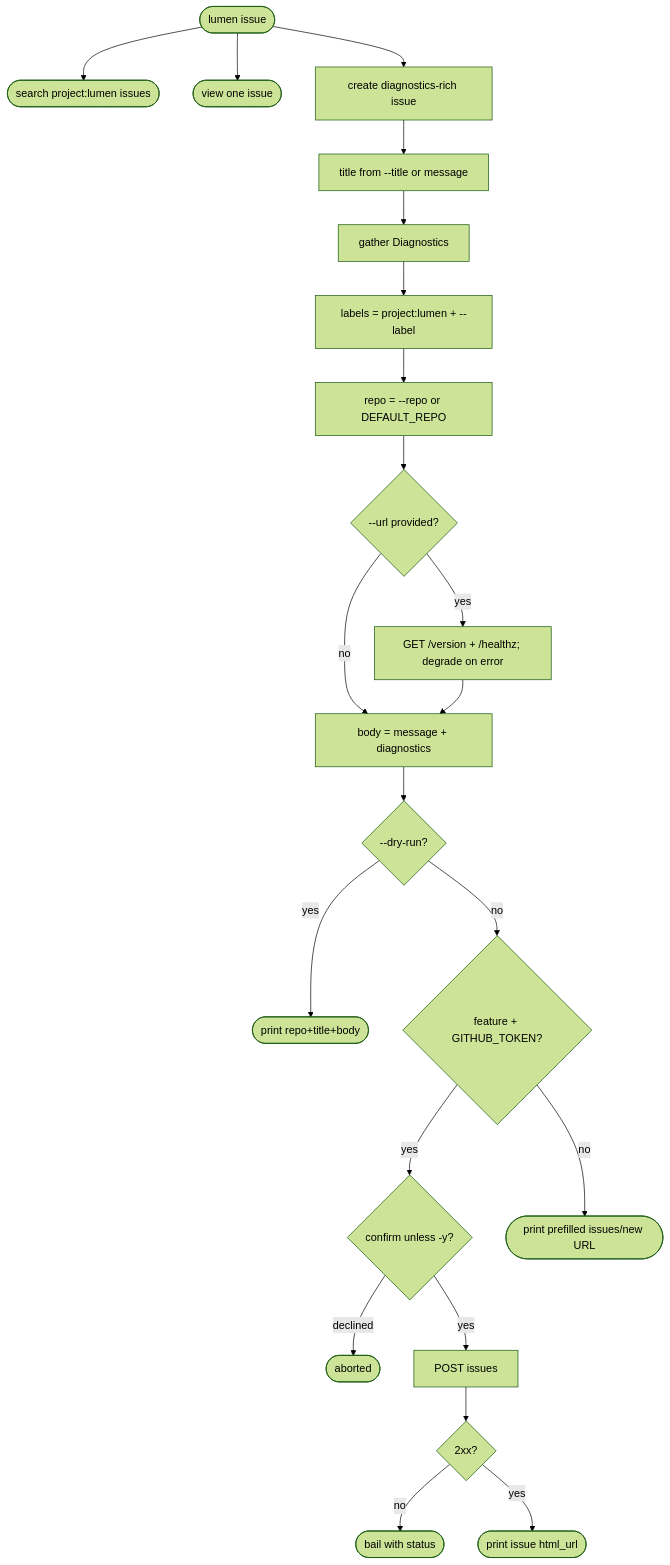
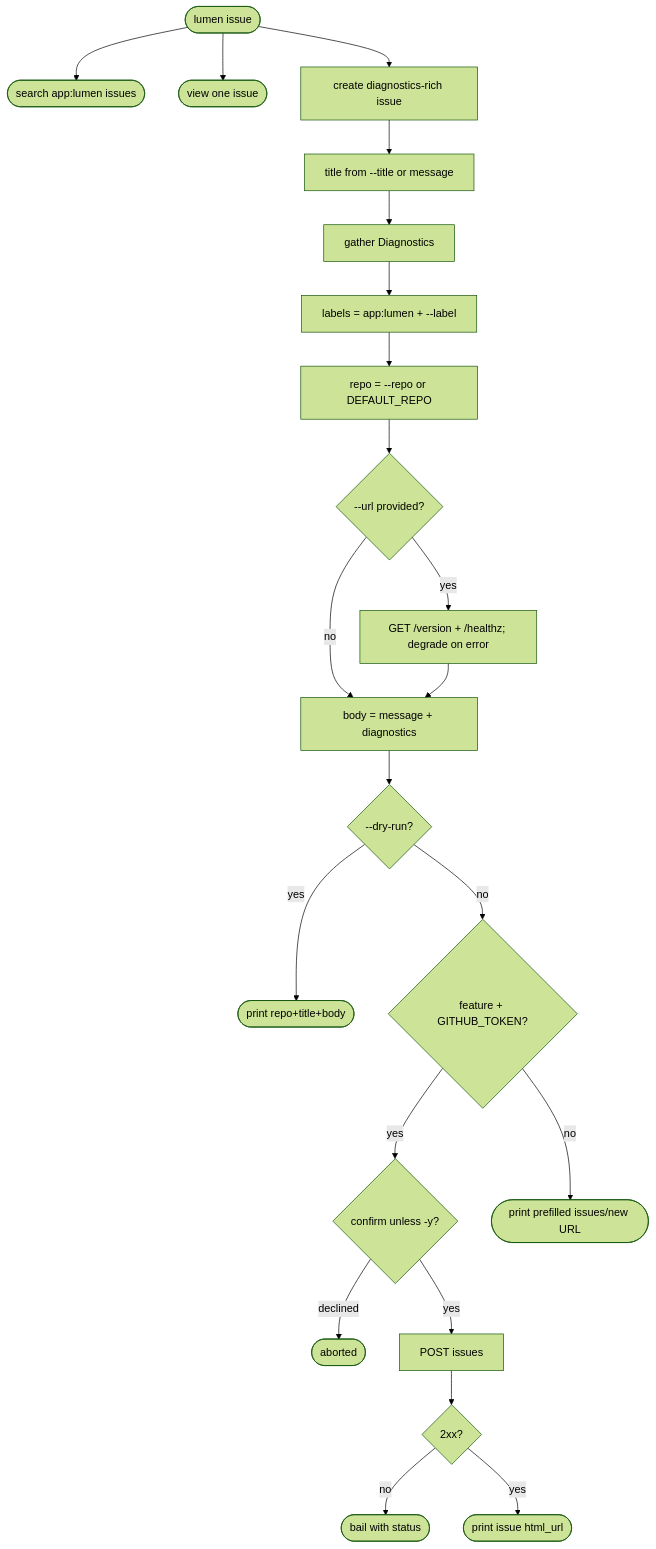
The first of 2 diagrams in projects/lumen/tech-design/interfaces/cli/lumen-issue-search-view-create-shared-cli-standard.md (chrischeng-c4/axiom), drawn with Mermaid (forest theme) before and after one commit. The commit also changed other lines of this file and 84 other files, not shown here.

First line of the commit message:
refactor(aw): adopt app and lib tracker labels

````diff
--- a/projects/lumen/tech-design/interfaces/cli/lumen-issue-search-view-create-shared-cli-standard.md
+++ b/projects/lumen/tech-design/interfaces/cli/lumen-issue-search-view-create-shared-cli-standard.md
@@ -28,72 +28,72 @@
 ```mermaid
 ---
 id: lumen-issue-group-contract
 entry: start
 nodes:
   start:    { kind: start,    label: "lumen issue <search|view|create>" }
-  search:   { kind: terminal, label: "issue search [query] [--state open|closed|all] [--limit N] -> cli_std::issue::search(project:lumen)" }
+  search:   { kind: terminal, label: "issue search [query] [--state open|closed|all] [--limit N] -> cli_std::issue::search(app:lumen)" }
   view:     { kind: terminal, label: "issue view <n> -> cli_std::issue::view" }
   create:   { kind: process,  label: "issue create [--title T] [msg...] [--url U] [--repo R] [--label L] [--dry-run] [-y]" }
   diag:     { kind: process,  label: "Diagnostics{version=CARGO_PKG_VERSION, target=LUMEN_TARGET, git_sha=LUMEN_GIT_SHA, built_at=LUMEN_BUILT_AT, os=consts::OS, arch=consts::ARCH}" }
   repo:     { kind: process,  label: "repo = --repo else DEFAULT_REPO (owner/name)" }
   node:     { kind: decision, label: "--url provided?" }
   fetch:    { kind: process,  label: "GET {url}/version + {url}/healthz; on error append 'node: unreachable ({url})'" }
   body:     { kind: process,  label: "body = [message?] + '\\n\\n---\\n' + render(diagnostics)" }
   dry:      { kind: decision, label: "--dry-run?" }
   print:    { kind: terminal, label: "print 'repo: {repo}', 'title: {title}', body; submit nothing; exit 0" }
   title:    { kind: process,  label: "title = --title else 'lumen: ' + first message line else 'lumen: issue report'" }
-  labels:   { kind: process,  label: "labels = project:lumen + any --label values" }
+  labels:   { kind: process,  label: "labels = app:lumen + any --label values" }
   cansubmit: { kind: decision, label: "online build AND GitHub token available?" }
   confirm:  { kind: decision, label: "stdin tty AND not -y -> confirm 'file issue to {repo}?'" }
   abort:    { kind: terminal, label: "'aborted'; exit 0" }
   post:     { kind: process,  label: "POST https://api.github.com/repos/{repo}/issues {title, body, labels} (bearer token, UA)" }
   okstatus: { kind: decision, label: "2xx?" }
   err:      { kind: terminal, label: "bail with GitHub status/message; exit non-zero" }
   created:  { kind: terminal, label: "print created issue html_url; exit 0" }
   fallback: { kind: terminal, label: "print 'set GITHUB_TOKEN to file directly', pre-filled {repo}/issues/new?title=&body= (percent-encoded), and body; exit 0" }
 edges:
   - { from: start,     to: search,    label: "search" }
   - { from: start,     to: view,      label: "view" }
   - { from: start,     to: create,    label: "create" }
   - { from: create,    to: title }
   - { from: title,     to: diag }
   - { from: diag,      to: labels }
   - { from: labels,    to: repo }
   - { from: repo,      to: node }
   - { from: node,      to: fetch,     label: "yes" }
   - { from: node,      to: body,      label: "no" }
   - { from: fetch,     to: body }
   - { from: body,      to: dry }
   - { from: dry,       to: print,     label: "yes" }
   - { from: dry,       to: cansubmit, label: "no" }
   - { from: cansubmit, to: confirm,   label: "yes" }
   - { from: cansubmit, to: fallback,  label: "no" }
   - { from: confirm,   to: abort,     label: "declined" }
   - { from: confirm,   to: post,      label: "yes/-y" }
   - { from: post,      to: okstatus }
   - { from: okstatus,  to: err,       label: "no" }
   - { from: okstatus,  to: created,   label: "yes" }
 ---
 flowchart TD
-    start([lumen issue]) --> search([search project:lumen issues])
+    start([lumen issue]) --> search([search app:lumen issues])
     start --> view([view one issue])
     start --> create[create diagnostics-rich issue]
     create --> title[title from --title or message]
     title --> diag[gather Diagnostics]
-    diag --> labels[labels = project:lumen + --label]
+    diag --> labels[labels = app:lumen + --label]
     labels --> repo[repo = --repo or DEFAULT_REPO]
     repo --> node{--url provided?}
     node -->|yes| fetch[GET /version + /healthz; degrade on error]
     node -->|no| body[body = message + diagnostics]
     fetch --> body
     body --> dry{--dry-run?}
     dry -->|yes| print([print repo+title+body])
     dry -->|no| cansubmit{feature + GITHUB_TOKEN?}
     cansubmit -->|yes| confirm{confirm unless -y?}
     cansubmit -->|no| fallback([print prefilled issues/new URL])
     confirm -->|declined| abort([aborted])
     confirm -->|yes| post[POST issues]
     post --> okstatus{2xx?}
     okstatus -->|no| err([bail with status])
     okstatus -->|yes| created([print issue html_url])
 ```
````
